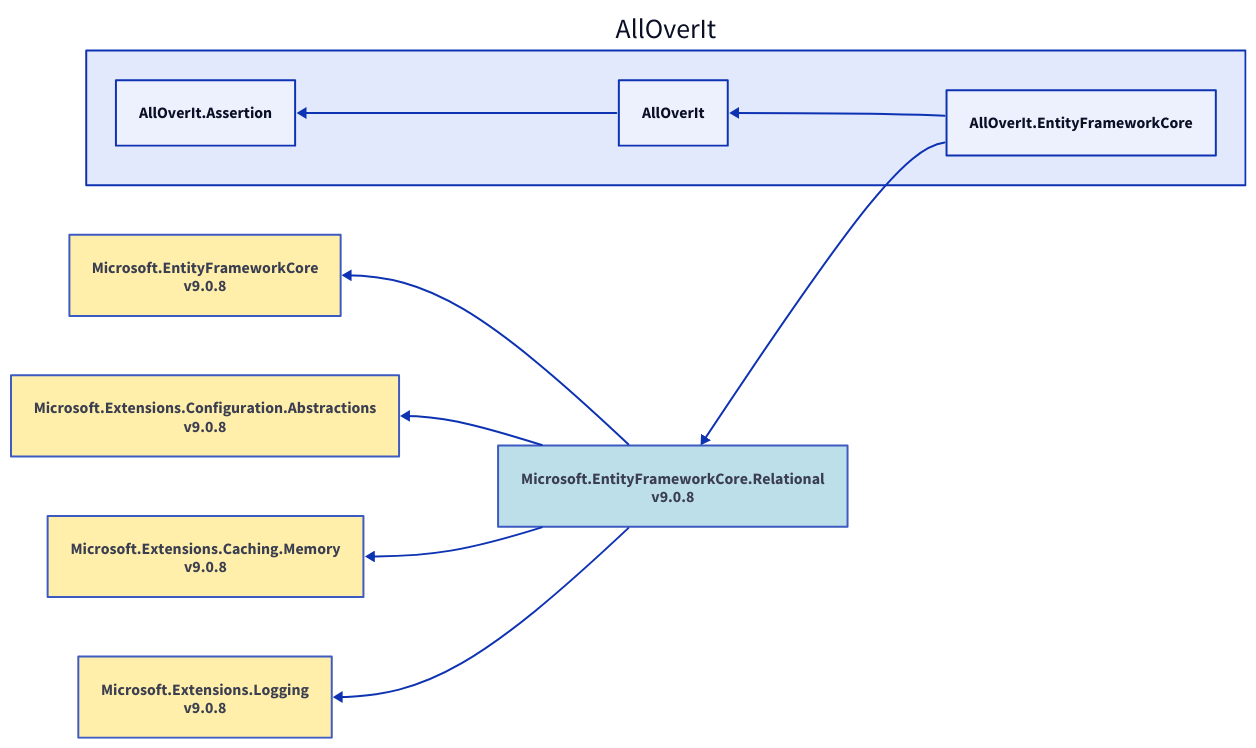
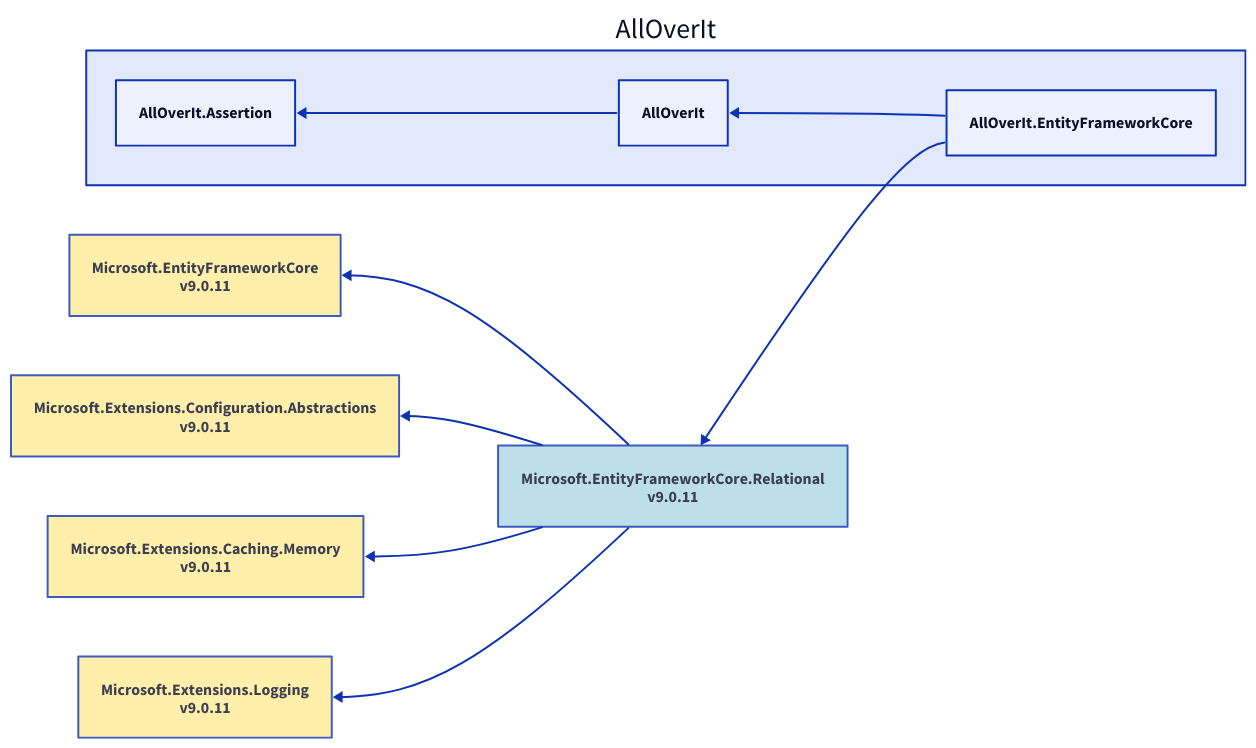
One commit to mjfreelancing/AllOverIt changed the diagram in Docs/Reference/Content/images/dependencies/net8.0/alloverit-entityframeworkcore.d2. Above: the diagram before and after it, drawn with D2. The commit also changed 300 other files, not shown here.

```diff
--- a/Docs/Reference/Content/images/dependencies/net8.0/alloverit-entityframeworkcore.d2
+++ b/Docs/Reference/Content/images/dependencies/net8.0/alloverit-entityframeworkcore.d2
@@ -1,28 +1,28 @@
 direction: left
 
 aoi: AllOverIt
 aoi.alloverit-entityframeworkcore: AllOverIt.EntityFrameworkCore
-microsoft-entityframeworkcore-relational_9-0-8: Microsoft.EntityFrameworkCore.Relational\nv9.0.8
-microsoft-entityframeworkcore-relational_9-0-8.style.fill: "#ADD8E6"
-microsoft-entityframeworkcore-relational_9-0-8.style.opacity: 0.8
-microsoft-entityframeworkcore_9-0-8: Microsoft.EntityFrameworkCore\nv9.0.8
-microsoft-entityframeworkcore_9-0-8.style.fill: "#FFEC96"
-microsoft-entityframeworkcore_9-0-8.style.opacity: 0.8
-microsoft-entityframeworkcore_9-0-8 <- microsoft-entityframeworkcore-relational_9-0-8
-microsoft-extensions-configuration-abstractions_9-0-8: Microsoft.Extensions.Configuration.Abstractions\nv9.0.8
-microsoft-extensions-configuration-abstractions_9-0-8.style.fill: "#FFEC96"
-microsoft-extensions-configuration-abstractions_9-0-8.style.opacity: 0.8
-microsoft-extensions-configuration-abstractions_9-0-8 <- microsoft-entityframeworkcore-relational_9-0-8
-microsoft-extensions-caching-memory_9-0-8: Microsoft.Extensions.Caching.Memory\nv9.0.8
-microsoft-extensions-caching-memory_9-0-8.style.fill: "#FFEC96"
-microsoft-extensions-caching-memory_9-0-8.style.opacity: 0.8
-microsoft-extensions-caching-memory_9-0-8 <- microsoft-entityframeworkcore-relational_9-0-8
-microsoft-extensions-logging_9-0-8: Microsoft.Extensions.Logging\nv9.0.8
-microsoft-extensions-logging_9-0-8.style.fill: "#FFEC96"
-microsoft-extensions-logging_9-0-8.style.opacity: 0.8
-microsoft-extensions-logging_9-0-8 <- microsoft-entityframeworkcore-relational_9-0-8
-microsoft-entityframeworkcore-relational_9-0-8 <- aoi.alloverit-entityframeworkcore
+microsoft-entityframeworkcore-relational_9-0-11: Microsoft.EntityFrameworkCore.Relational\nv9.0.11
+microsoft-entityframeworkcore-relational_9-0-11.style.fill: "#ADD8E6"
+microsoft-entityframeworkcore-relational_9-0-11.style.opacity: 0.8
+microsoft-entityframeworkcore_9-0-11: Microsoft.EntityFrameworkCore\nv9.0.11
+microsoft-entityframeworkcore_9-0-11.style.fill: "#FFEC96"
+microsoft-entityframeworkcore_9-0-11.style.opacity: 0.8
+microsoft-entityframeworkcore_9-0-11 <- microsoft-entityframeworkcore-relational_9-0-11
+microsoft-extensions-configuration-abstractions_9-0-11: Microsoft.Extensions.Configuration.Abstractions\nv9.0.11
+microsoft-extensions-configuration-abstractions_9-0-11.style.fill: "#FFEC96"
+microsoft-extensions-configuration-abstractions_9-0-11.style.opacity: 0.8
+microsoft-extensions-configuration-abstractions_9-0-11 <- microsoft-entityframeworkcore-relational_9-0-11
+microsoft-extensions-caching-memory_9-0-11: Microsoft.Extensions.Caching.Memory\nv9.0.11
+microsoft-extensions-caching-memory_9-0-11.style.fill: "#FFEC96"
+microsoft-extensions-caching-memory_9-0-11.style.opacity: 0.8
+microsoft-extensions-caching-memory_9-0-11 <- microsoft-entityframeworkcore-relational_9-0-11
+microsoft-extensions-logging_9-0-11: Microsoft.Extensions.Logging\nv9.0.11
+microsoft-extensions-logging_9-0-11.style.fill: "#FFEC96"
+microsoft-extensions-logging_9-0-11.style.opacity: 0.8
+microsoft-extensions-logging_9-0-11 <- microsoft-entityframeworkcore-relational_9-0-11
+microsoft-entityframeworkcore-relational_9-0-11 <- aoi.alloverit-entityframeworkcore
 aoi.alloverit: AllOverIt
 aoi.alloverit-assertion: AllOverIt.Assertion
 aoi.alloverit-assertion <- aoi.alloverit
 aoi.alloverit <- aoi.alloverit-entityframeworkcore
```
